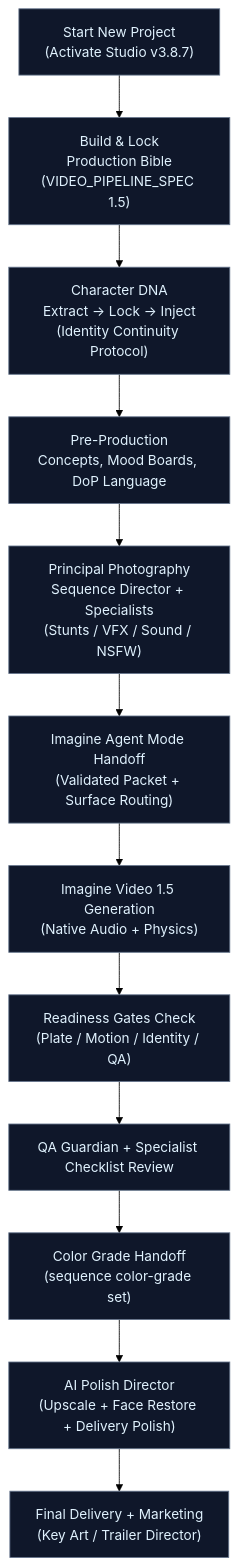
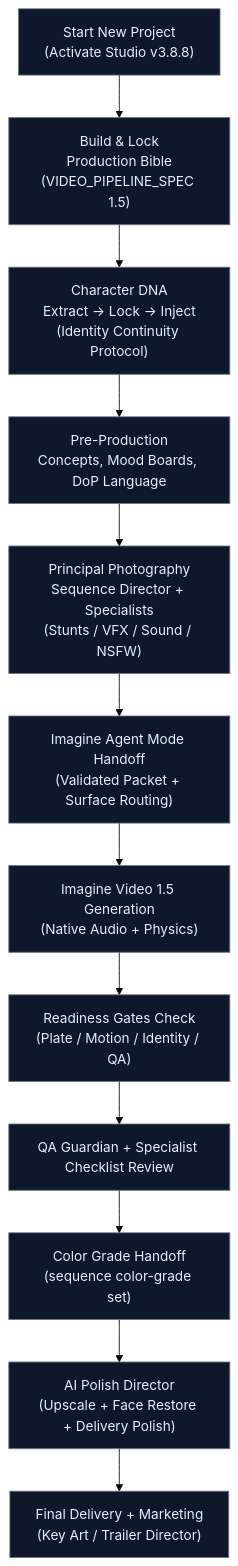
The second of 2 diagrams in README.md (FineComputer14451/Grok-Imagine-Cinematic-Studio), drawn with Mermaid (forest theme) before and after one commit. The commit also changed other lines of this file and 43 other files, not shown here.

````diff
--- a/README.md
+++ b/README.md
@@ -139,17 +138,17 @@
 ```mermaid
 flowchart TD
-    Start["Start New Project<br/>(Activate Studio v3.8.7)"] --> Bible["Build & Lock<br/>Production Bible<br/>(VIDEO_PIPELINE_SPEC 1.5)"]
+    Start["Start New Project<br/>(Activate Studio v3.8.8)"] --> Bible["Build & Lock<br/>Production Bible<br/>(VIDEO_PIPELINE_SPEC 1.5)"]
     Bible --> DNA["Character DNA<br/>Extract → Lock → Inject<br/>(Identity Continuity Protocol)"]
     DNA --> PreProd["Pre-Production<br/>Concepts, Mood Boards, DoP Language"]
     PreProd --> Principal["Principal Photography<br/>Sequence Director + Specialists<br/>(Stunts / VFX / Sound / NSFW)"]
     Principal --> Handoff["Imagine Agent Mode Handoff<br/>(Validated Packet + Surface Routing)"]
     Handoff --> Generate["Imagine Video 1.5 Generation<br/>(Native Audio + Physics)"]
     Generate --> Gates["Readiness Gates Check<br/>(Plate / Motion / Identity / QA)"]
     Gates --> Review["QA Guardian + Specialist Checklist Review"]
     Review --> Color["Color Grade Handoff<br/>(sequence color-grade set)"]
     Color --> Polish["AI Polish Director<br/>(Upscale + Face Restore + Delivery Polish)"]
     Polish --> Deliver["Final Delivery + Marketing<br/>(Key Art / Trailer Director)"]
 
     classDef step fill:#0f172a,stroke:#64748b,color:#e0f2fe
     class Start,Bible,DNA,PreProd,Principal,Handoff,Generate,Gates,Review,Color,Polish,Deliver step
 ```
````
